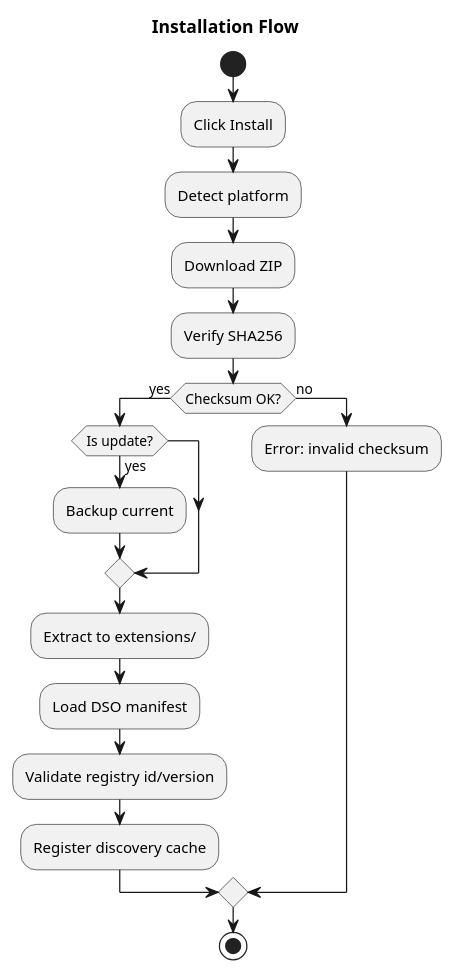
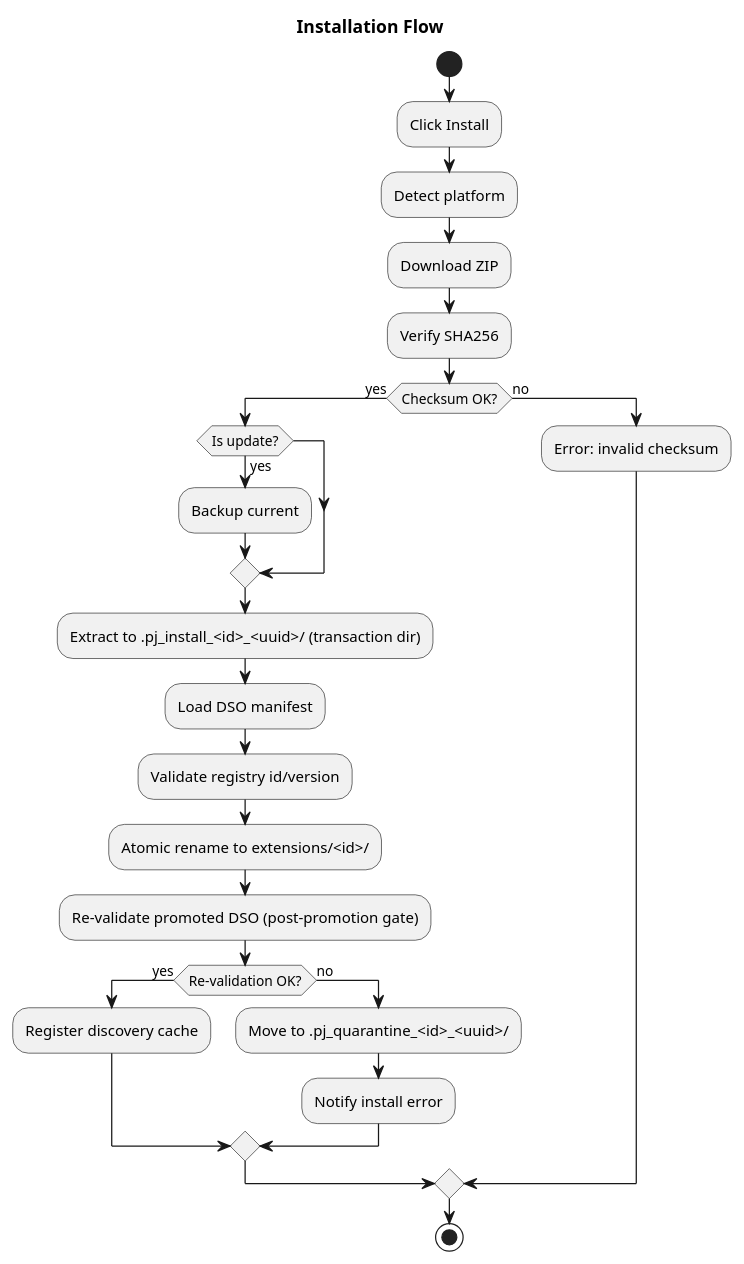
Before and after one commit to PlotJuggler/plotjuggler_core: the second of 4 diagrams in pj_marketplace/documentation/ARCHITECTURE.md, drawn with PlantUML. The commit also changed other lines of this file and 25 other files, not shown here.

````diff
--- a/pj_marketplace/documentation/ARCHITECTURE.md
+++ b/pj_marketplace/documentation/ARCHITECTURE.md
@@ -246,24 +246,31 @@
 ```plantuml
 @startuml
 skinparam backgroundColor white
 title Installation Flow
 
 start
 :Click Install;
 :Detect platform;
 :Download ZIP;
 :Verify SHA256;
 if (Checksum OK?) then (yes)
   if (Is update?) then (yes)
     :Backup current;
   endif
-  :Extract to extensions/;
+  :Extract to .pj_install_<id>_<uuid>/ (transaction dir);
   :Load DSO manifest;
   :Validate registry id/version;
-  :Register discovery cache;
+  :Atomic rename to extensions/<id>/;
+  :Re-validate promoted DSO (post-promotion gate);
+  if (Re-validation OK?) then (yes)
+    :Register discovery cache;
+  else (no)
+    :Move to .pj_quarantine_<id>_<uuid>/;
+    :Notify install error;
+  endif
 else (no)
   :Error: invalid checksum;
 endif
 stop
 @enduml
 ```
````
